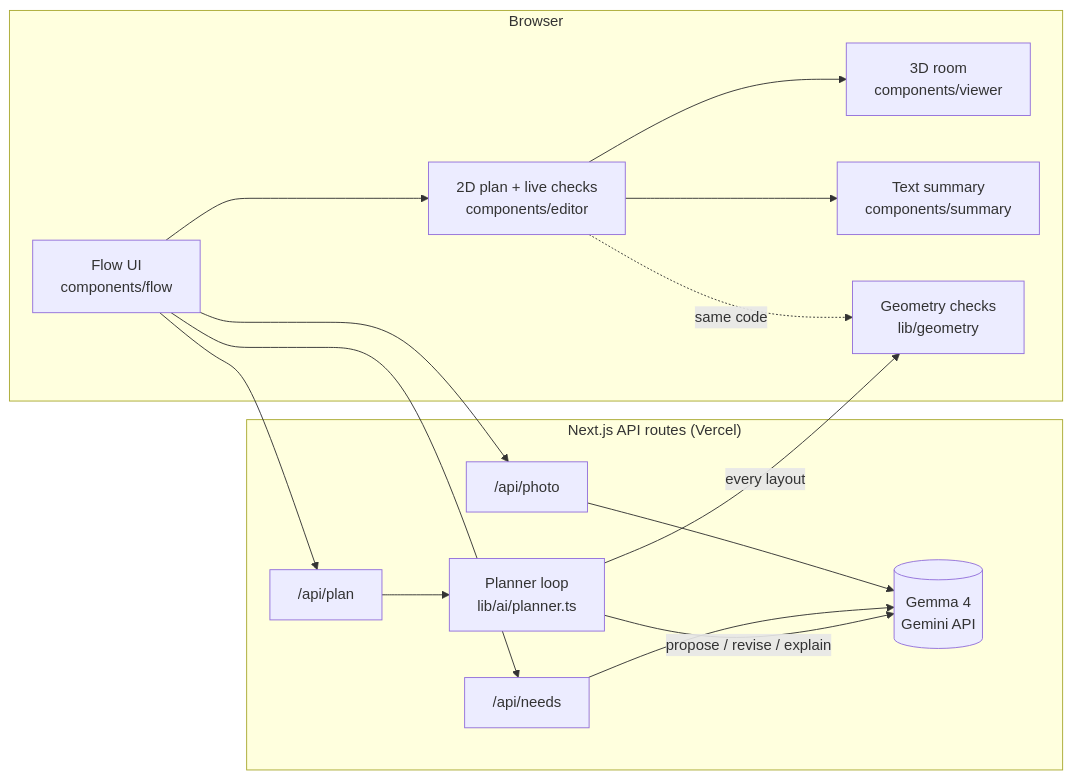
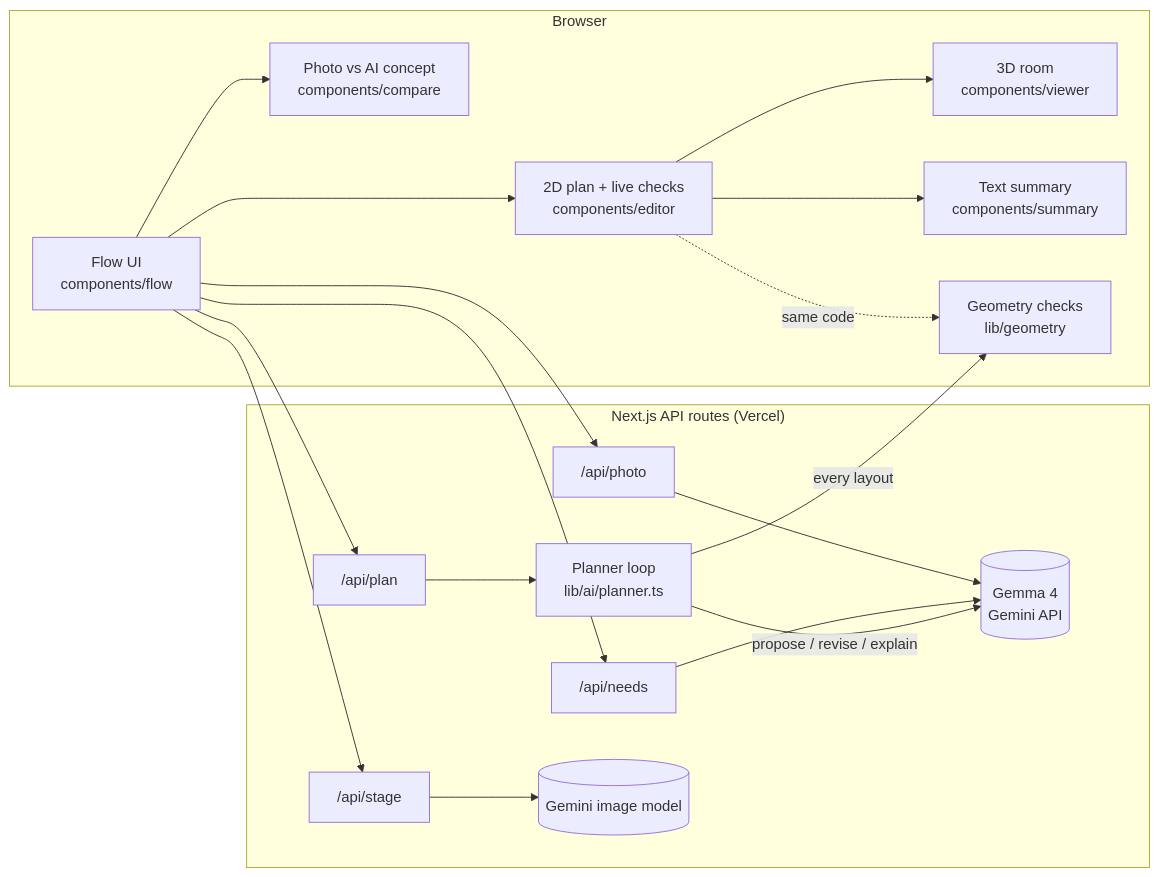
One commit to timpactwa/MLH_Team28_Hackathon changed the diagram in README.md. Above: the diagram before and after it, drawn with Mermaid. The commit also changed other lines of this file and 13 other files, not shown here.

First line of the commit message:
T-403, T-304, T-408: staged photo concept, photo vs concept panel, measurement script

````diff
--- a/README.md
+++ b/README.md
@@ -19,17 +19,19 @@
 ```mermaid
 flowchart LR
   subgraph Browser
     UI[Flow UI<br/>components/flow] --> Editor[2D plan + live checks<br/>components/editor]
     Editor --> Viewer[3D room<br/>components/viewer]
     Editor --> Summary[Text summary<br/>components/summary]
     Editor -. same code .-> Geo
+    UI --> Compare[Photo vs AI concept<br/>components/compare]
   end
   subgraph Server["Next.js API routes (Vercel)"]
     Photo["/api/photo"] --> Gemma
     Needs["/api/needs"] --> Gemma
     Plan["/api/plan"] --> Planner[Planner loop<br/>lib/ai/planner.ts]
     Planner -- propose / revise / explain --> Gemma[(Gemma 4<br/>Gemini API)]
     Planner -- every layout --> Geo[Geometry checks<br/>lib/geometry]
+    Stage["/api/stage"] --> Gemini[(Gemini image model)]
   end
-  UI --> Photo & Needs & Plan
+  UI --> Photo & Needs & Plan & Stage
 ```
````
